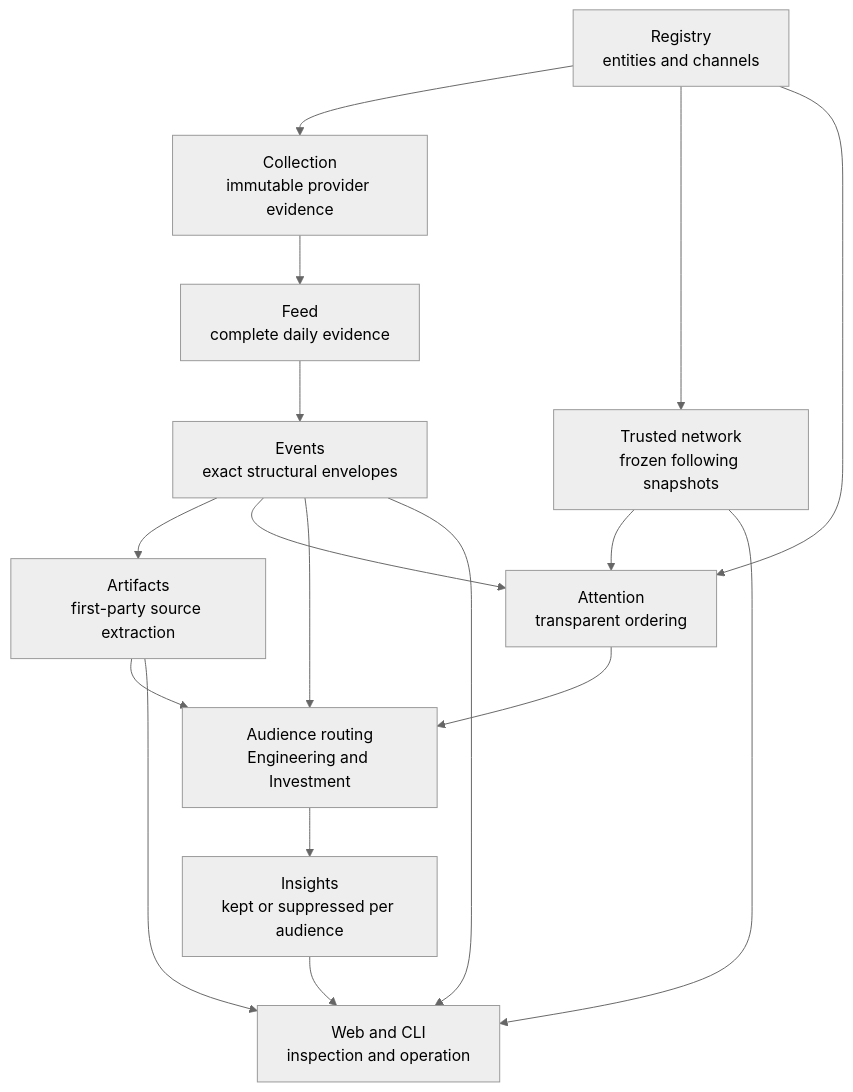
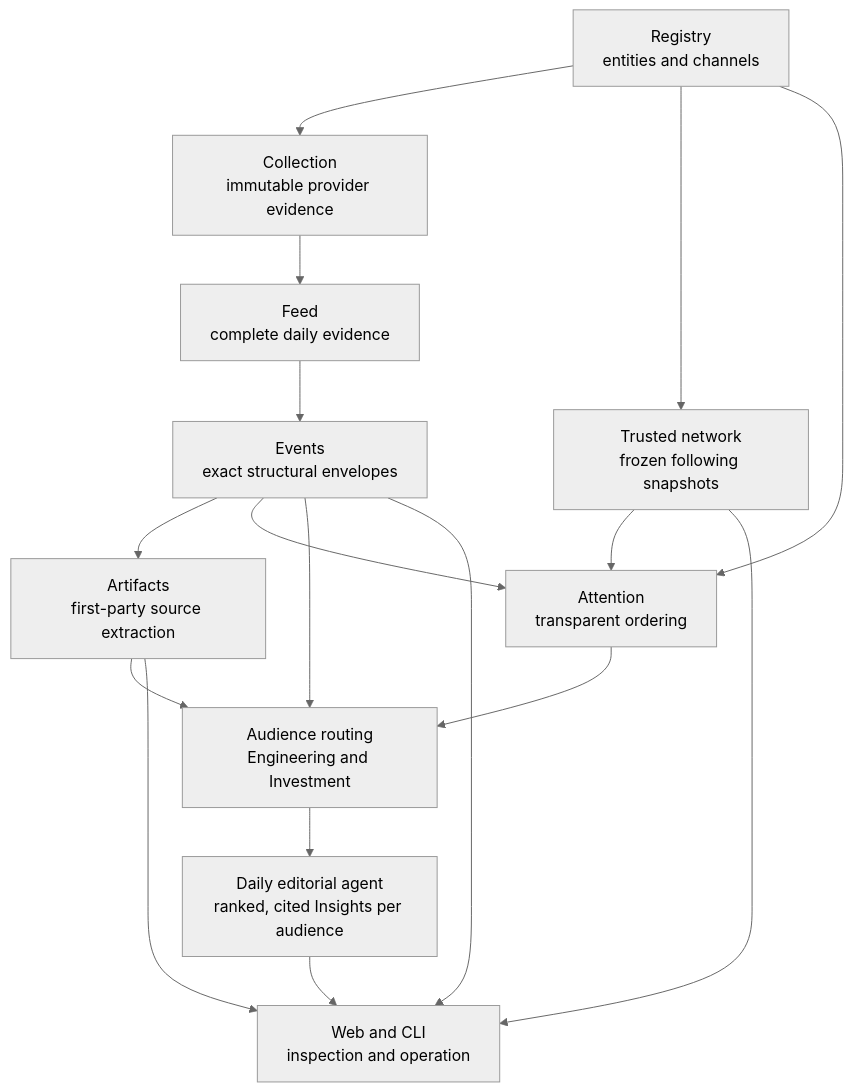
The diagram in docs/architecture/overview.md (AdithyanI/frontier-lab-intelligence), drawn with Mermaid (neutral theme) before and after one commit. The commit also changed other lines of this file and 24 other files, not shown here.

````diff
--- a/docs/architecture/overview.md
+++ b/docs/architecture/overview.md
@@ -15,19 +15,19 @@
 ```mermaid
 flowchart TD
     R["Registry<br/>entities and channels"] --> C["Collection<br/>immutable provider evidence"]
     R --> N["Trusted network<br/>frozen following snapshots"]
     C --> F["Feed<br/>complete daily evidence"]
     F --> E["Events<br/>exact structural envelopes"]
     E --> A["Artifacts<br/>first-party source extraction"]
     N --> S["Attention<br/>transparent ordering"]
     R --> S
     E --> S
     E --> Q["Audience routing<br/>Engineering and Investment"]
     A --> Q
     S --> Q
-    Q --> I["Insights<br/>kept or suppressed per audience"]
+    Q --> I["Daily editorial agent<br/>ranked, cited Insights per audience"]
     I --> W["Web and CLI<br/>inspection and operation"]
     E --> W
     A --> W
     N --> W
 ```
````
